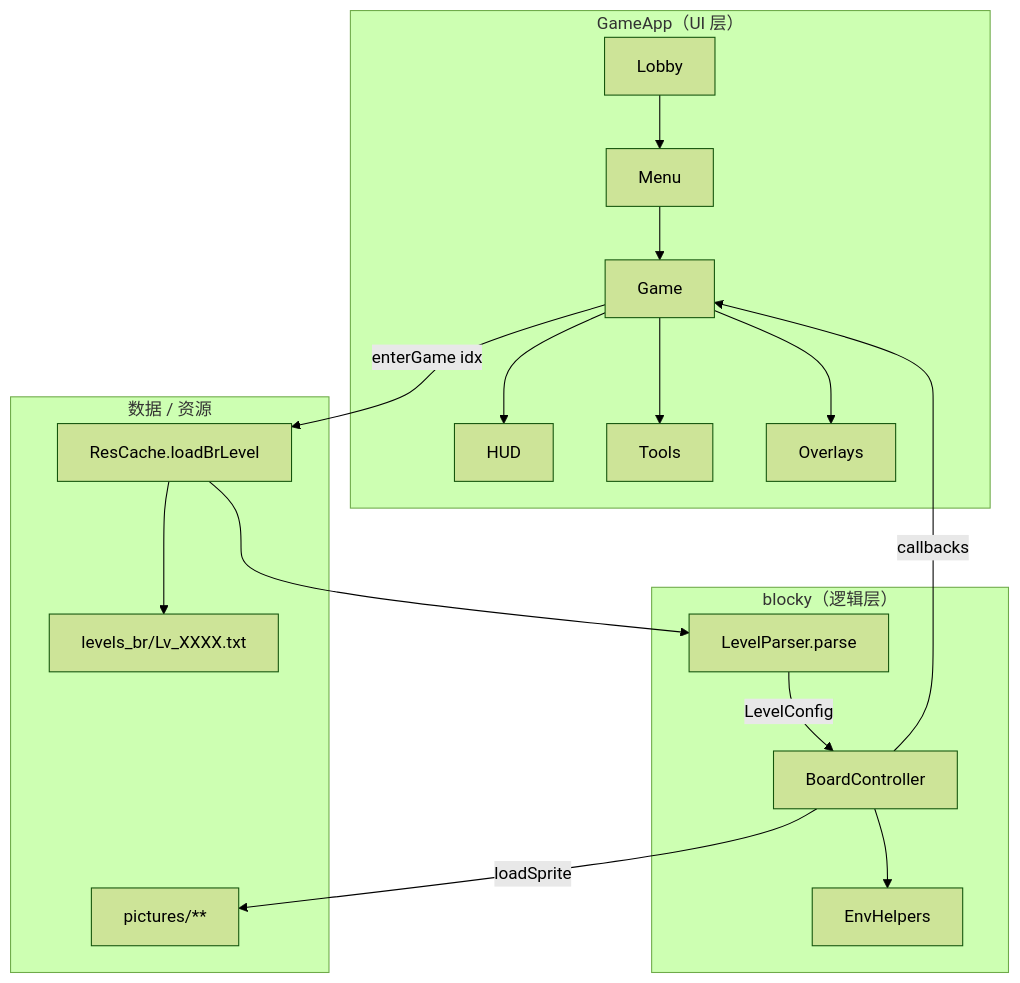
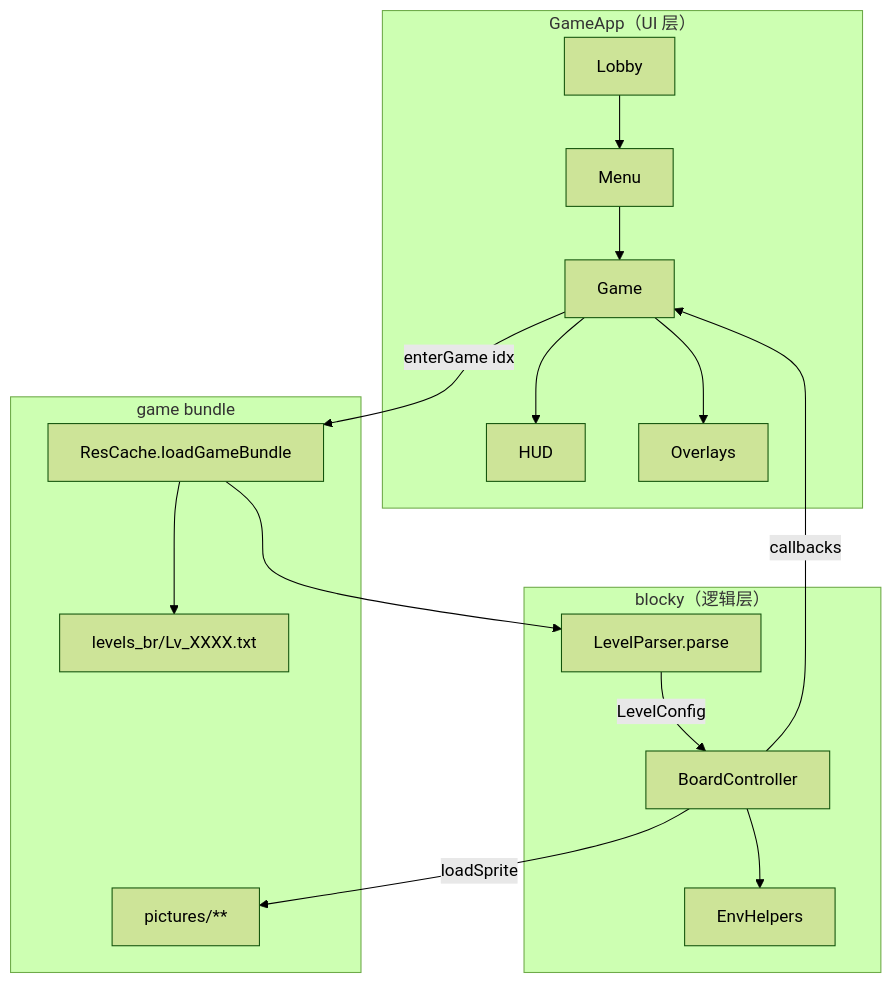
One commit to ckmckmCKM/slider_cocos changed the diagram in docs/ARCHITECTURE.md. Above: the diagram before and after it, drawn with Mermaid (forest theme). The commit also changed other lines of this file and 4145 other files, not shown here.

````diff
--- a/docs/ARCHITECTURE.md
+++ b/docs/ARCHITECTURE.md
@@ -66,29 +69,28 @@
 ```mermaid
 flowchart TB
   subgraph UI["GameApp（UI 层）"]
     Lobby --> Menu --> Game
     Game --> HUD
-    Game --> Tools
     Game --> Overlays
   end
 
   subgraph Core["blocky（逻辑层）"]
     LP[LevelParser.parse]
     BC[BoardController]
     EH[EnvHelpers]
   end
 
-  subgraph Data["数据 / 资源"]
+  subgraph Data["game bundle"]
     TXT["levels_br/Lv_XXXX.txt"]
-    RC[ResCache.loadBrLevel]
+    RC[ResCache.loadGameBundle]
     PIC["pictures/**"]
   end
 
   Game -->|enterGame idx| RC
   RC --> TXT
   RC --> LP
   LP -->|LevelConfig| BC
   BC --> EH
   BC -->|loadSprite| PIC
   BC -->|callbacks| Game
 ```
````
